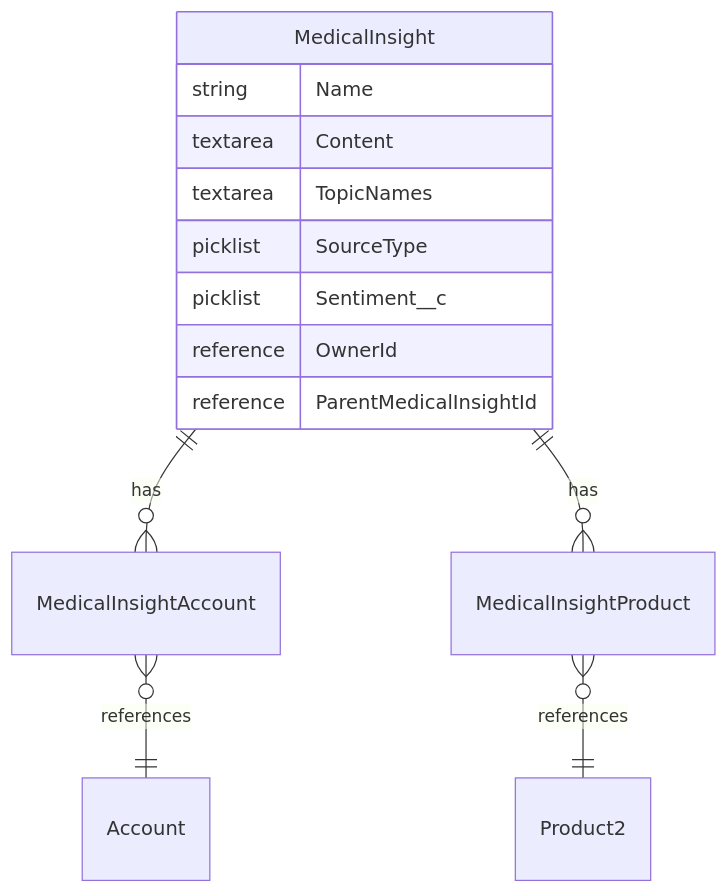
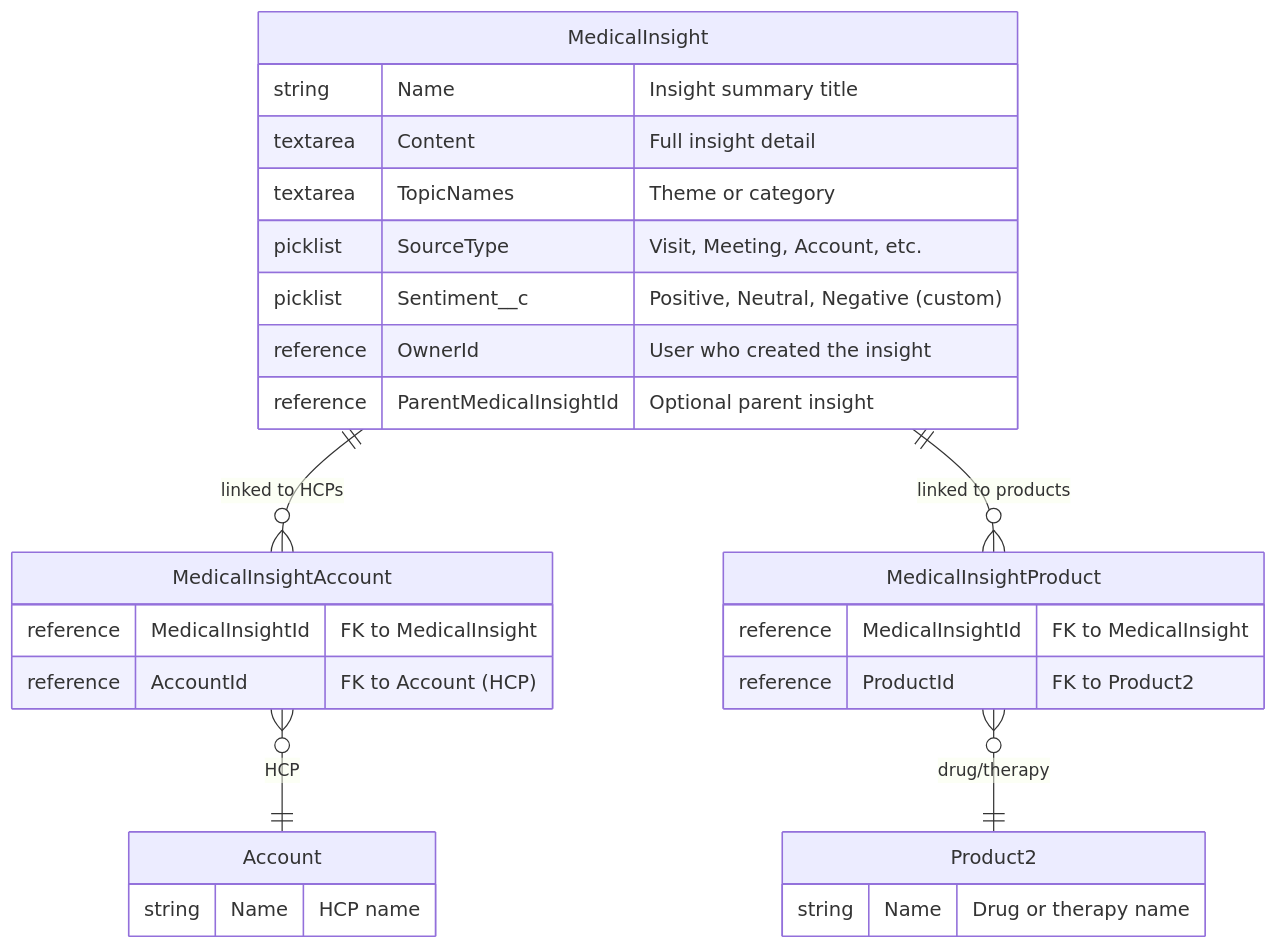
One commit to afls-ideas/medical-insight-signal-map changed the diagram in readme.MD. Above: the diagram before and after it, drawn with Mermaid. The commit also changed other lines of this file and 51 other files, not shown here.

````diff
--- a/readme.MD
+++ b/readme.MD
@@ -147,16 +33,30 @@
 ```mermaid
 erDiagram
-    MedicalInsight ||--o{ MedicalInsightAccount : "has"
-    MedicalInsight ||--o{ MedicalInsightProduct : "has"
-    MedicalInsightAccount }o--|| Account : "references"
-    MedicalInsightProduct }o--|| Product2 : "references"
+    MedicalInsight ||--o{ MedicalInsightAccount : "linked to HCPs"
+    MedicalInsight ||--o{ MedicalInsightProduct : "linked to products"
+    MedicalInsightAccount }o--|| Account : "HCP"
+    MedicalInsightProduct }o--|| Product2 : "drug/therapy"
     MedicalInsight {
-        string Name
-        textarea Content
-        textarea TopicNames
-        picklist SourceType
-        picklist Sentiment__c
-        reference OwnerId
-        reference ParentMedicalInsightId
+        string Name "Insight summary title"
+        textarea Content "Full insight detail"
+        textarea TopicNames "Theme or category"
+        picklist SourceType "Visit, Meeting, Account, etc."
+        picklist Sentiment__c "Positive, Neutral, Negative (custom)"
+        reference OwnerId "User who created the insight"
+        reference ParentMedicalInsightId "Optional parent insight"
+    }
+    MedicalInsightAccount {
+        reference MedicalInsightId "FK to MedicalInsight"
+        reference AccountId "FK to Account (HCP)"
+    }
+    MedicalInsightProduct {
+        reference MedicalInsightId "FK to MedicalInsight"
+        reference ProductId "FK to Product2"
+    }
+    Account {
+        string Name "HCP name"
+    }
+    Product2 {
+        string Name "Drug or therapy name"
     }
 ```
````
